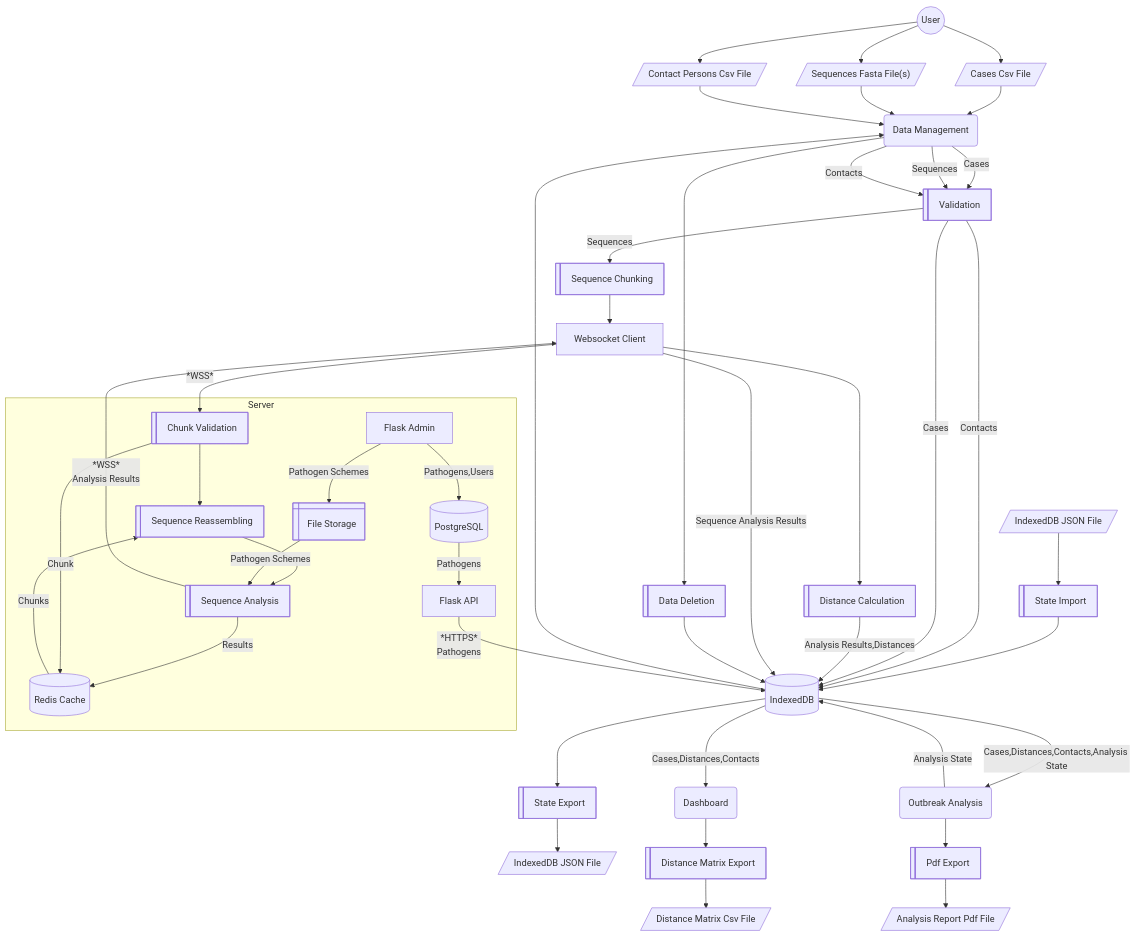
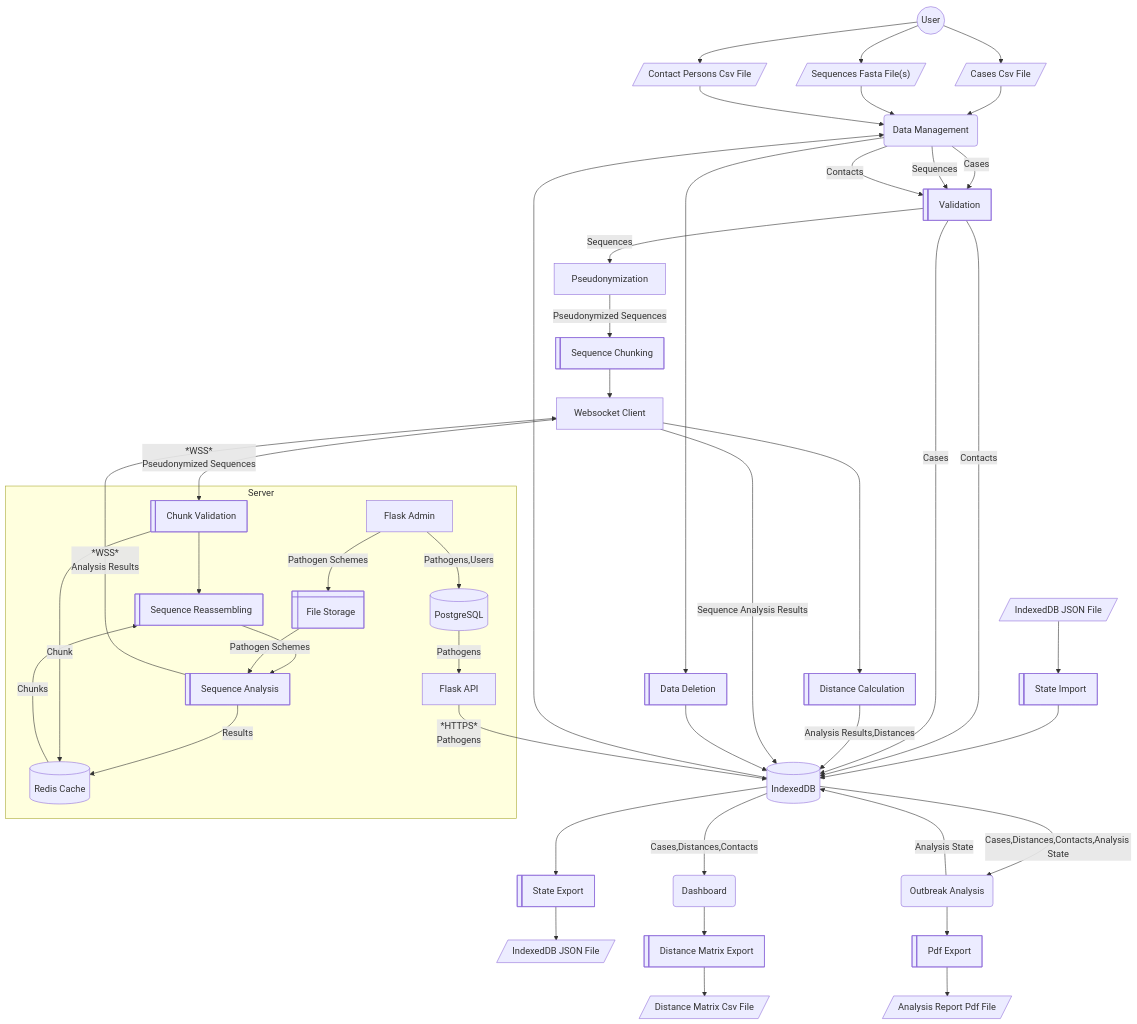
Before and after one commit to DiltheyLab/GENTRAIN: the third of 5 diagrams in documentation/docs/developers/data_management.md, drawn with Mermaid.

Commit message:
docs: add pseudonymization

````diff
--- a/documentation/docs/developers/data_management.md
+++ b/documentation/docs/developers/data_management.md
@@ -140,34 +140,34 @@
 ```mermaid
 graph TB
 User@{ shape: circle, label: "User" }-->Input_Cases
 User@{ shape: circle, label: "User" }-->Input_Samples
 User@{ shape: circle, label: "User" }-->Input_Contacts
 Input_Cases@{ shape: lean-r, label: "Cases Csv File"}-->Data_Management--Cases-->Validation
 Input_Samples@{ shape: lean-r, label: "Sequences Fasta File(s)"}-->Data_Management--Sequences-->Validation
 Input_Contacts@{ shape: lean-r, label: "Contact Persons Csv File"}-->Data_Management--Contacts-->Validation
 Input_JSON@{ shape: lean-r, label: "IndexedDB JSON File"}-->State_Import@{ shape: lin-rect, label: "State Import" }-->IndexedDB
 API--"*HTTPS*<br/>Pathogens"-->IndexedDB
-Validation@{ shape: lin-rect, label: "Validation" }--Sequences-->Sequence_Chunking@{ shape: lin-rect, label: "Sequence Chunking" }
+Validation@{ shape: lin-rect, label: "Validation" }--Sequences-->Pseudonymization--"Pseudonymized Sequences"-->Sequence_Chunking@{ shape: lin-rect, label: "Sequence Chunking" }
 Validation--Contacts-->IndexedDB
 Validation--Cases-->IndexedDB
-Sequence_Chunking-->Websocket_Client[Websocket Client]--*WSS*-->Chunk_Validation
+Sequence_Chunking-->Websocket_Client[Websocket Client]--"*WSS*<br/>Pseudonymized Sequences"-->Chunk_Validation
 subgraph Server
     Chunk_Validation
     Redis--Chunks-->Sequence_Reassembling
     Chunk_Validation@{ shape: lin-rect, label: "Chunk Validation" }-->Sequence_Reassembling@{ shape: lin-rect, label: "Sequence Reassembling" }-->Sequence_Analysis@{ shape: lin-rect, label: "Sequence Analysis" }--Results-->Redis[(Redis Cache)]
     Chunk_Validation--Chunk-->Redis
     File_Storage--"Pathogen Schemes"-->Sequence_Analysis
     Flask_Admin--"Pathogen Schemes"-->File_Storage@{ shape: win-pane, label: "File Storage" }
     Flask_Admin[Flask Admin]--Pathogens,Users-->PostgreSQL
     PostgreSQL[(PostgreSQL)]--Pathogens-->API[Flask API]
 end
 Sequence_Analysis--"*WSS*<br/>Analysis Results"-->Websocket_Client[Websocket Client]-->Distance_Calculation@{ shape: lin-rect, label: "Distance Calculation" }--"Analysis Results,Distances"-->IndexedDB
 IndexedDB[(IndexedDB)]--Cases,Distances,Contacts-->Dashboard(Dashboard)
 Websocket_Client[Websocket Client]--"Sequence Analysis Results"-->IndexedDB
 IndexedDB-->State_Export@{ shape: lin-rect, label: "State Export" }-->Output_JSON@{ shape: lean-r, label: "IndexedDB JSON File"}
 Dashboard-->DM_Export@{ shape: lin-rect, label: "Distance Matrix Export" }-->Distance_Matrix_Csv@{ shape: lean-r, label: "Distance Matrix Csv File"}
 Outbreak_Analysis--"Analysis State"-->
 IndexedDB[(IndexedDB)]--"Cases,Distances,Contacts,Analysis State"-->Outbreak_Analysis(Outbreak Analysis)
 IndexedDB[(IndexedDB)]-->Data_Management(Data Management)-->Data_Deletion@{ shape: lin-rect, label: "Data Deletion" }-->IndexedDB
 Outbreak_Analysis-->Pdf_Export@{ shape: lin-rect, label: "Pdf Export" }-->Pdf_Report@{ shape: lean-r, label: "Analysis Report Pdf File"}
 ```
````
